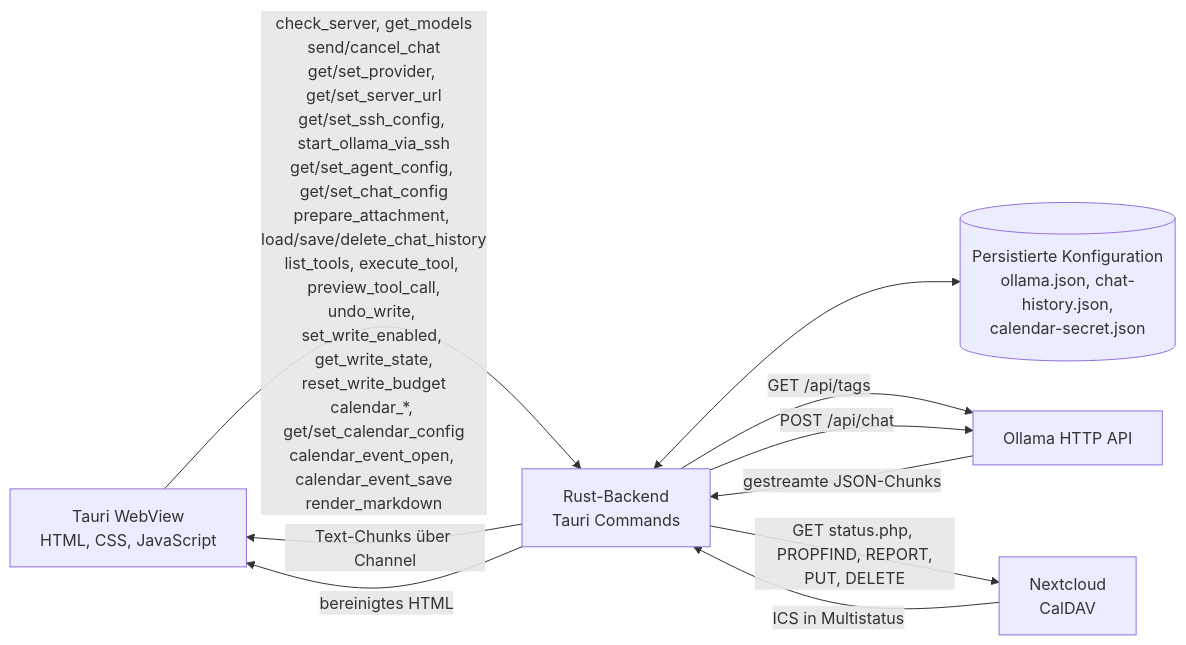
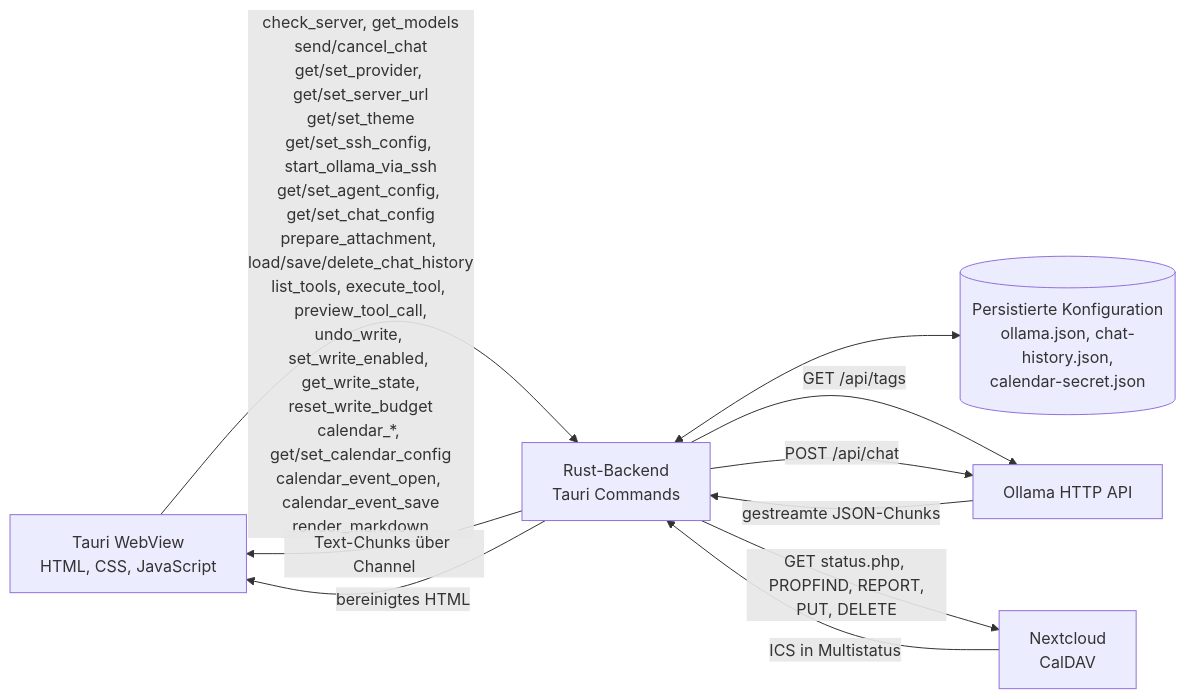
One commit to bilandal-dev/Mimir changed the diagram in docs/architektur.md. Above: the diagram before and after it, drawn with Mermaid. The commit also changed other lines of this file and 23 other files, not shown here.

````diff
--- a/docs/architektur.md
+++ b/docs/architektur.md
@@ -9,18 +9,18 @@
 ```mermaid
 flowchart LR
     UI[Tauri WebView<br/>HTML, CSS, JavaScript]
     Backend[Rust-Backend<br/>Tauri Commands]
     Config[(Persistierte Konfiguration<br/>ollama.json, chat-history.json,<br/>calendar-secret.json)]
     Ollama[Ollama HTTP API]
     CalDAV[Nextcloud<br/>CalDAV]
 
-    UI -->|check_server, get_models<br/>send/cancel_chat<br/>get/set_provider, get/set_server_url<br/>get/set_ssh_config, start_ollama_via_ssh<br/>get/set_agent_config, get/set_chat_config<br/>prepare_attachment, load/save/delete_chat_history<br/>list_tools, execute_tool, preview_tool_call,<br/>undo_write, set_write_enabled, get_write_state,<br/>reset_write_budget<br/>calendar_*, get/set_calendar_config<br/>calendar_event_open, calendar_event_save<br/>render_markdown| Backend
+    UI -->|check_server, get_models<br/>send/cancel_chat<br/>get/set_provider, get/set_server_url<br/>get/set_theme<br/>get/set_ssh_config, start_ollama_via_ssh<br/>get/set_agent_config, get/set_chat_config<br/>prepare_attachment, load/save/delete_chat_history<br/>list_tools, execute_tool, preview_tool_call,<br/>undo_write, set_write_enabled, get_write_state,<br/>reset_write_budget<br/>calendar_*, get/set_calendar_config<br/>calendar_event_open, calendar_event_save<br/>render_markdown| Backend
     Backend <--> Config
     Backend -->|GET /api/tags| Ollama
     Backend -->|POST /api/chat| Ollama
     Ollama -->|gestreamte JSON-Chunks| Backend
     Backend -->|GET status.php, PROPFIND, REPORT,<br/>PUT, DELETE| CalDAV
     CalDAV -->|ICS in Multistatus| Backend
     Backend -->|Text-Chunks über Channel| UI
     Backend -->|bereinigtes HTML| UI
 ```
````
